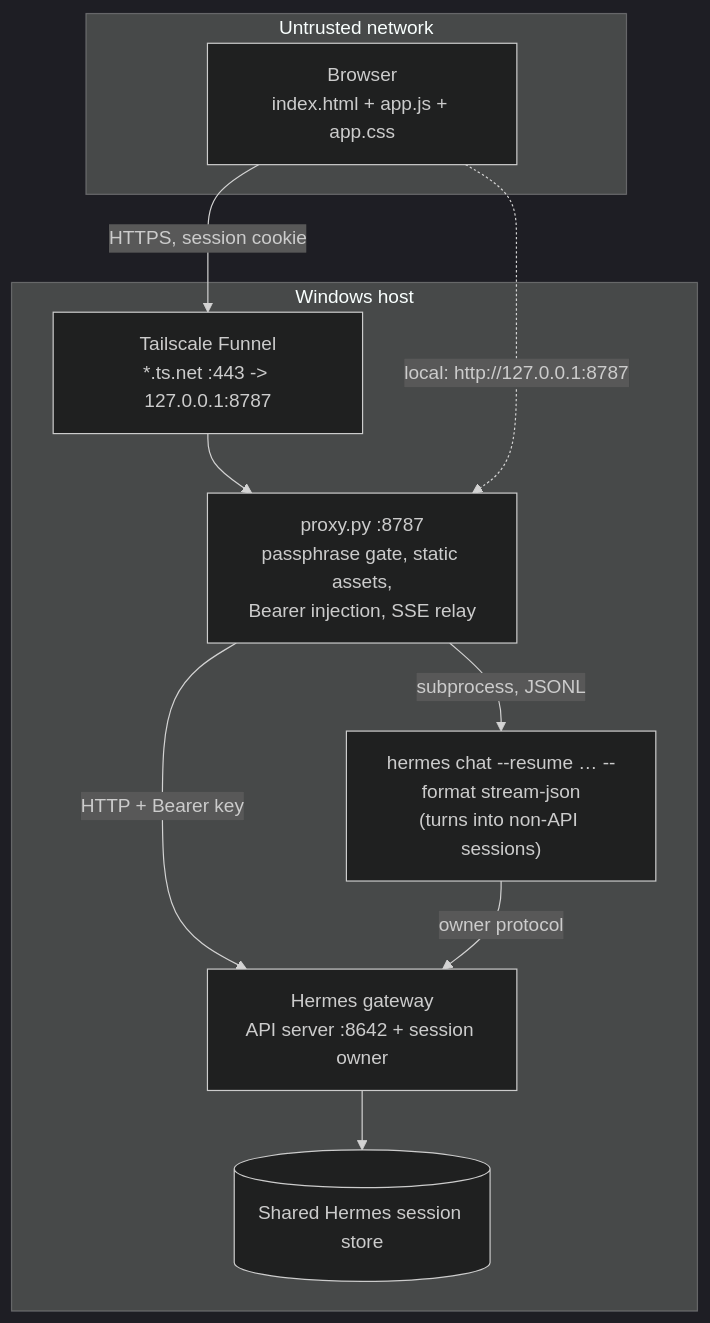
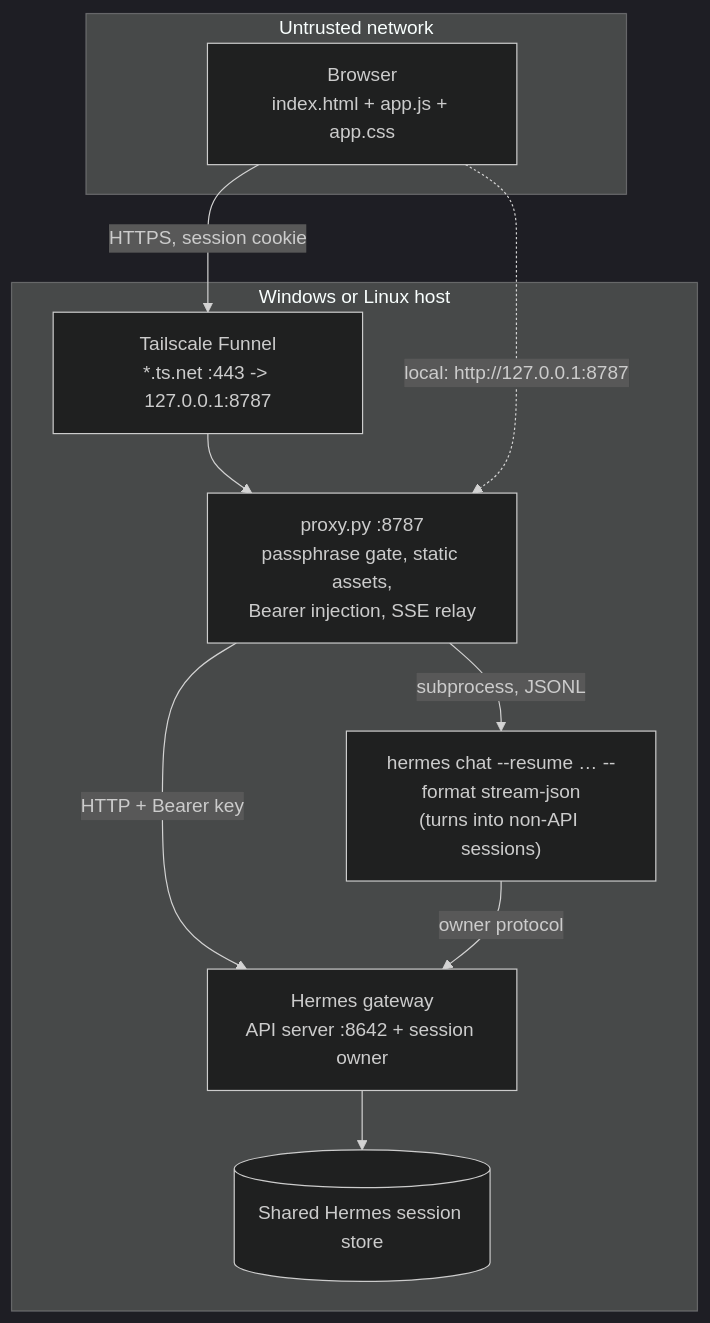
Before and after one commit to mr-september/hermes-uplink: the first of 2 diagrams in ARCHITECTURE.md, drawn with Mermaid (dark theme). The commit also changed other lines of this file and 9 other files, not shown here.

````diff
--- a/ARCHITECTURE.md
+++ b/ARCHITECTURE.md
@@ -15,17 +15,17 @@
 ```mermaid
 flowchart TB
     subgraph WAN["Untrusted network"]
         EDGE["Browser<br/>index.html + app.js + app.css"]
     end
-    subgraph HOST["Windows host"]
+    subgraph HOST["Windows or Linux host"]
         TS["Tailscale Funnel<br/>*.ts.net :443 -> 127.0.0.1:8787"]
         PROXY["proxy.py :8787<br/>passphrase gate, static assets,<br/>Bearer injection, SSE relay"]
         CLI["hermes chat --resume … --format stream-json<br/>(turns into non-API sessions)"]
         GW["Hermes gateway<br/>API server :8642 + session owner"]
         STORE[("Shared Hermes session store")]
     end
     EDGE -- "HTTPS, session cookie" --> TS --> PROXY
     EDGE -. "local: http://127.0.0.1:8787" .-> PROXY
     PROXY -- "HTTP + Bearer key" --> GW --> STORE
     PROXY -- "subprocess, JSONL" --> CLI -- "owner protocol" --> GW
 ```
````
